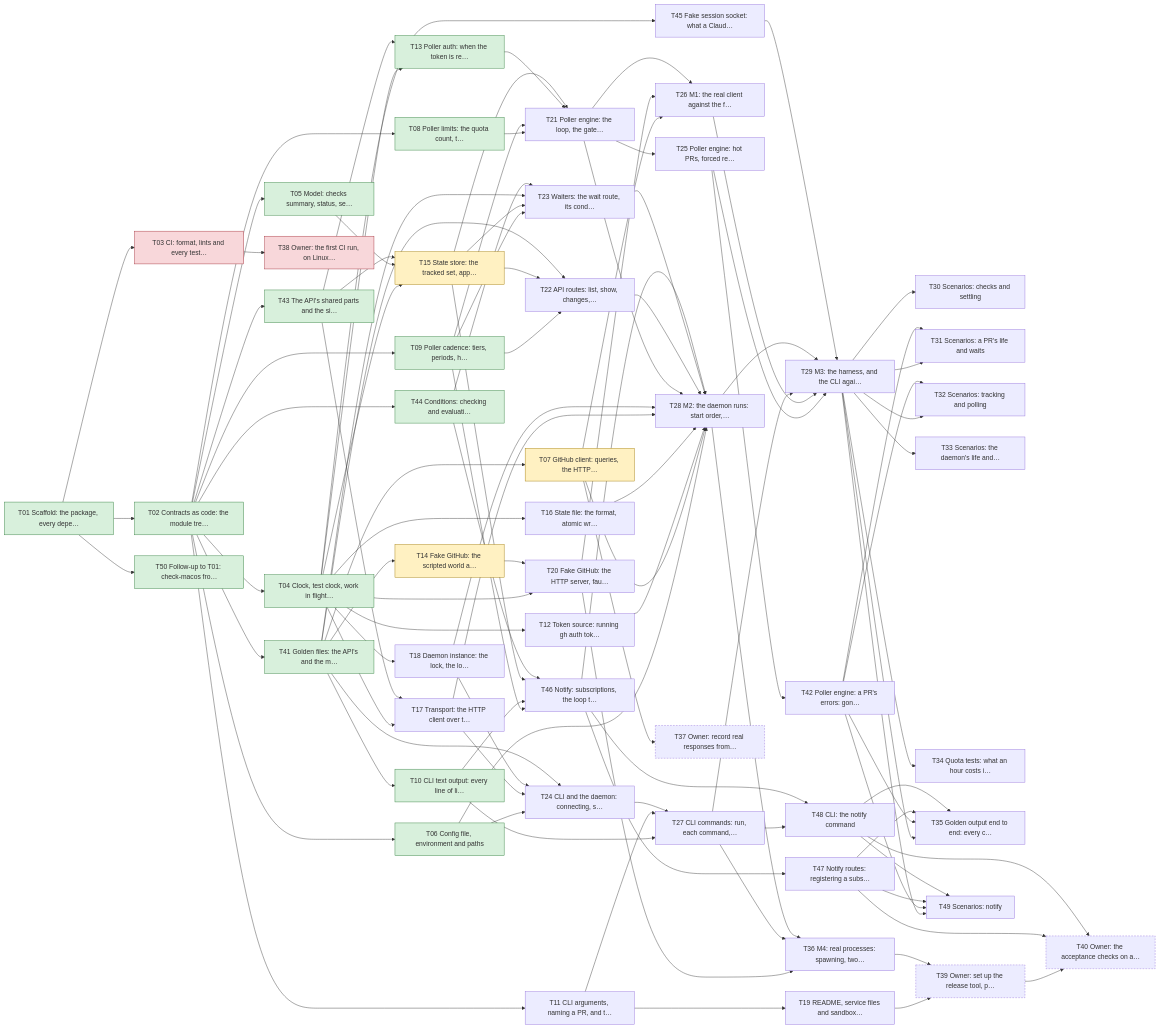
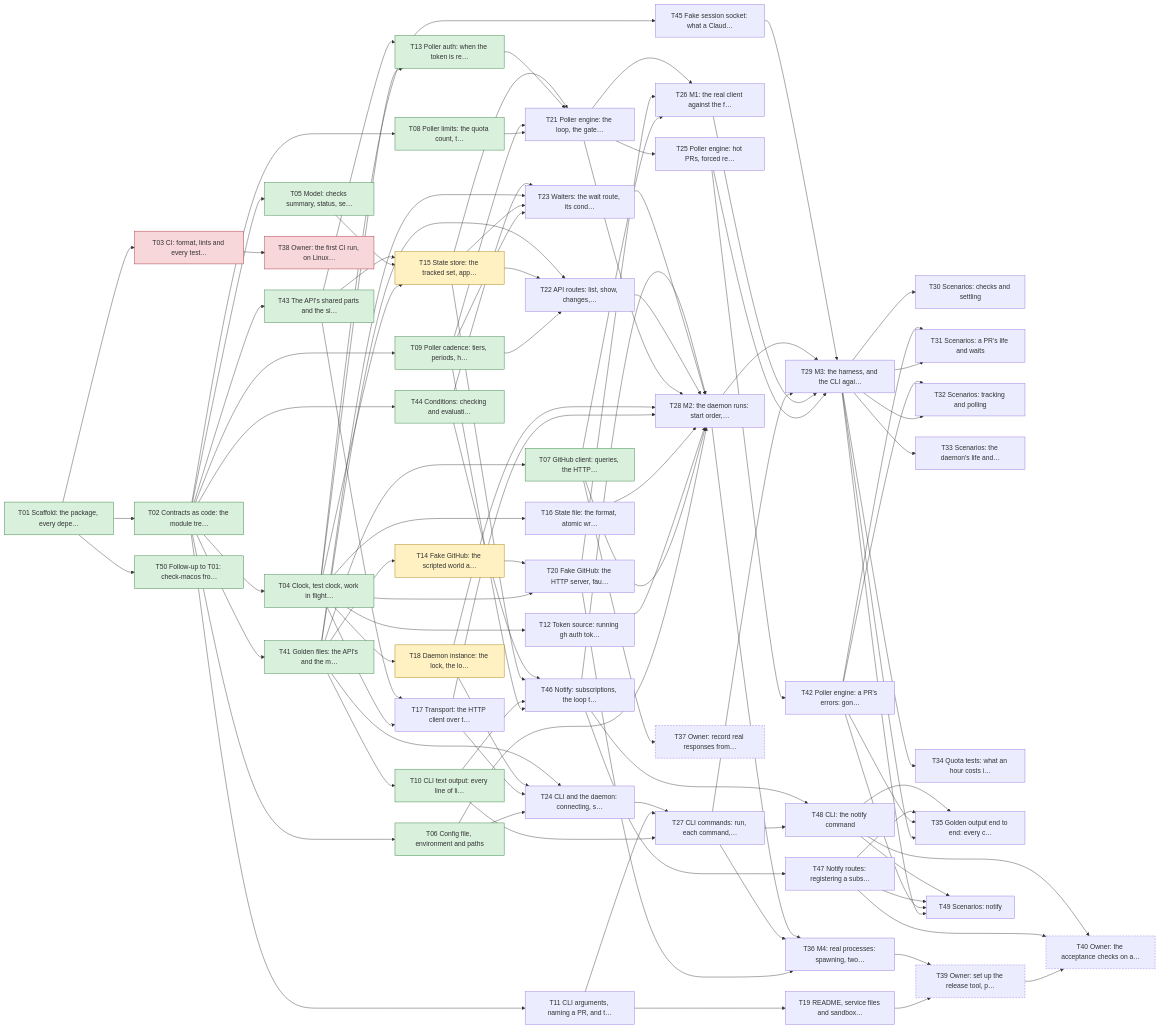
One commit to yachiko/circitor changed the diagram in plan/README.md. Above: the diagram before and after it, drawn with Mermaid. The commit also changed other lines of this file and 3 other files, not shown here.

```diff
--- a/plan/README.md
+++ b/plan/README.md
@@ -143,7 +143,7 @@
   T04["T04 Clock, test clock, work in flight…"]:::done
   T05["T05 Model: checks summary, status, se…"]:::done
   T06["T06 Config file, environment and paths"]:::done
-  T07["T07 GitHub client: queries, the HTTP…"]:::active
+  T07["T07 GitHub client: queries, the HTTP…"]:::done
   T08["T08 Poller limits: the quota count, t…"]:::done
   T09["T09 Poller cadence: tiers, periods, h…"]:::done
   T10["T10 CLI text output: every line of li…"]:::done
@@ -154,7 +154,7 @@
   T15["T15 State store: the tracked set, app…"]:::active
   T16["T16 State file: the format, atomic wr…"]
   T17["T17 Transport: the HTTP client over t…"]
-  T18["T18 Daemon instance: the lock, the lo…"]
+  T18["T18 Daemon instance: the lock, the lo…"]:::active
   T19["T19 README, service files and sandbox…"]
   T20["T20 Fake GitHub: the HTTP server, fau…"]
   T21["T21 Poller engine: the loop, the gate…"]
```
